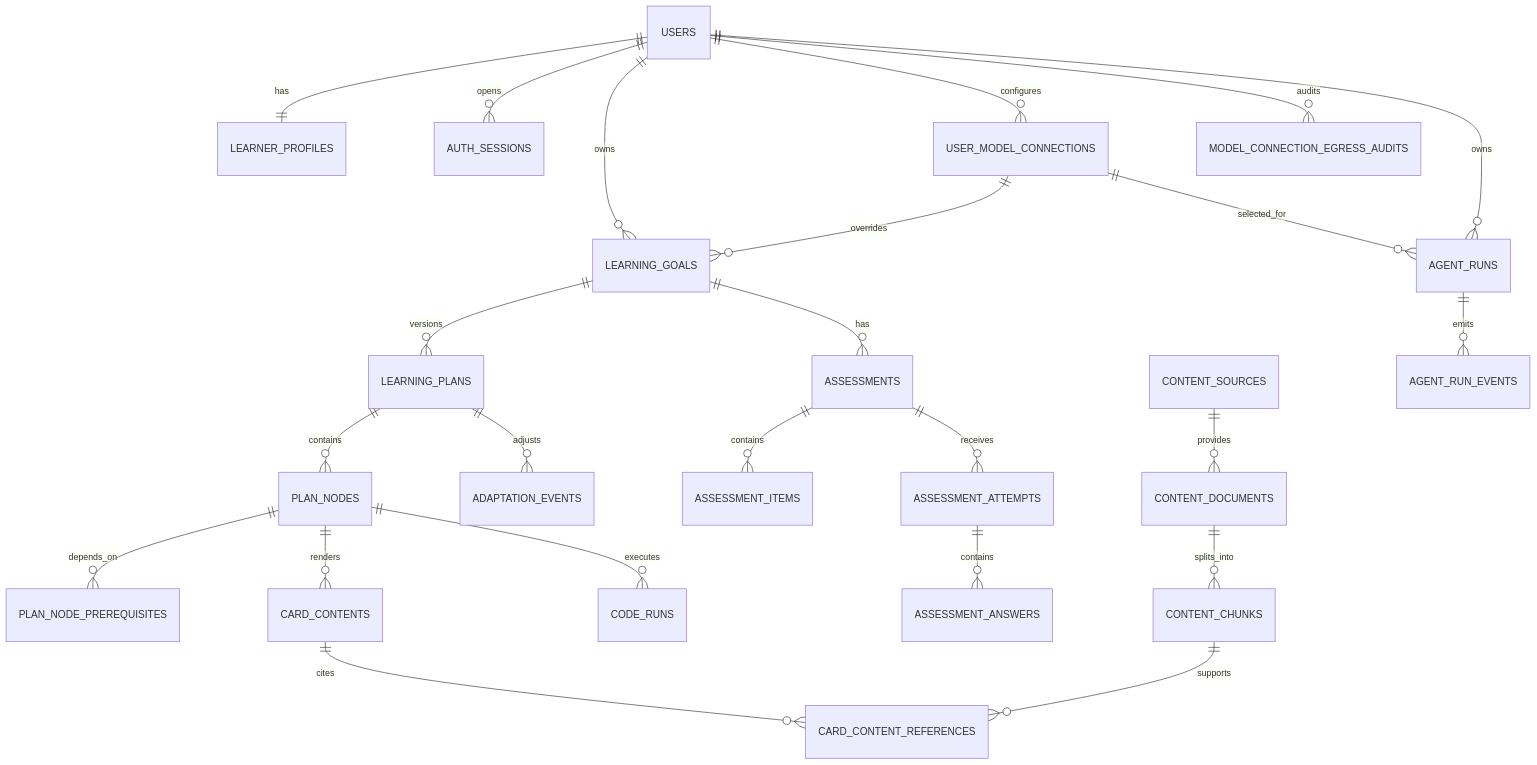
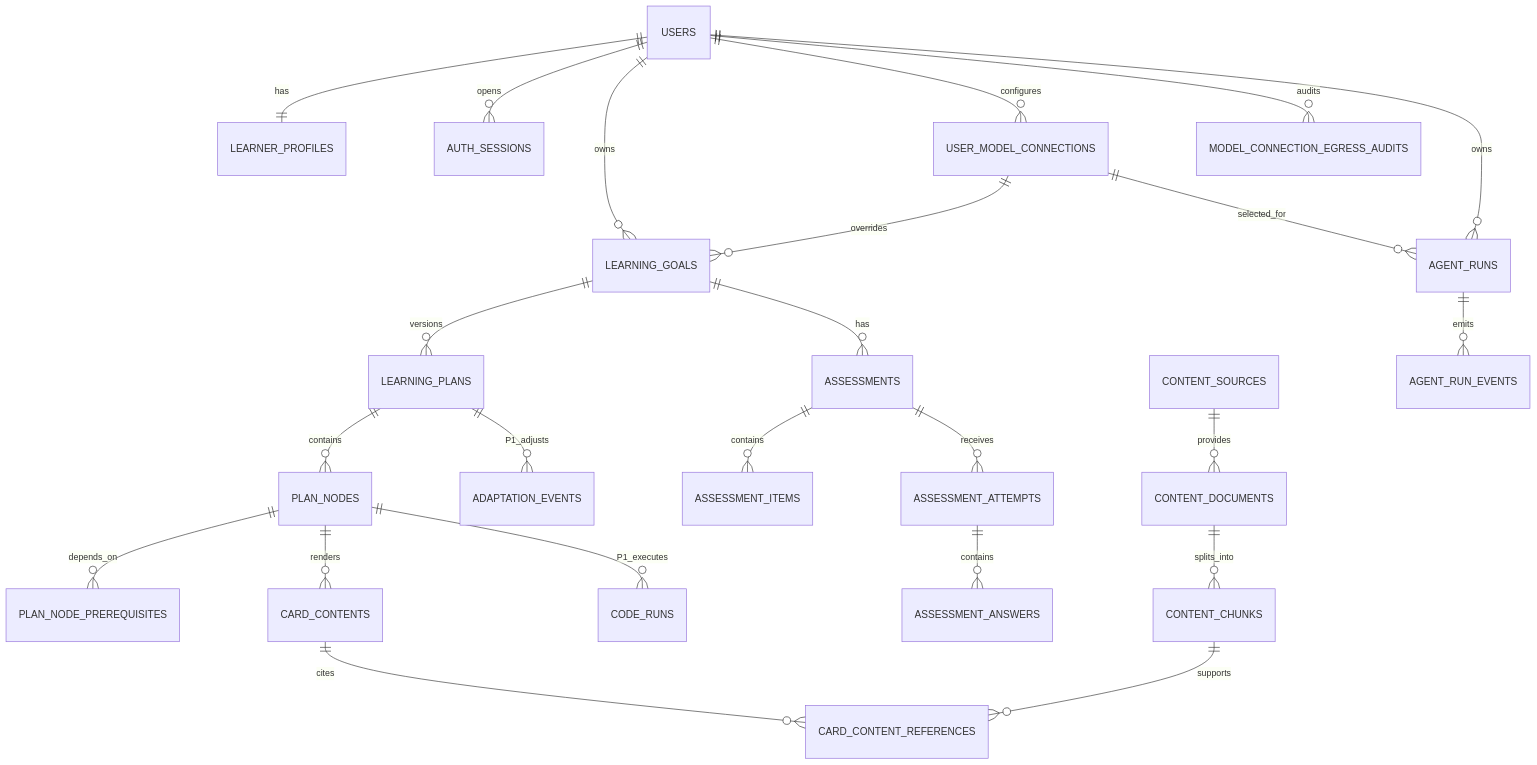
The first of 5 diagrams in docs/04-MVP-P0实施需求与开发指南.md (litieshan2331/LearnCraft), drawn with Mermaid before and after one commit. The commit also changed other lines of this file and 71 other files, not shown here.

````diff
--- a/docs/04-MVP-P0实施需求与开发指南.md
+++ b/docs/04-MVP-P0实施需求与开发指南.md
@@ -232,26 +253,26 @@
 ```mermaid
 erDiagram
     USERS ||--|| LEARNER_PROFILES : has
     USERS ||--o{ AUTH_SESSIONS : opens
     USERS ||--o{ LEARNING_GOALS : owns
     USERS ||--o{ USER_MODEL_CONNECTIONS : configures
     USERS ||--o{ MODEL_CONNECTION_EGRESS_AUDITS : audits
     USER_MODEL_CONNECTIONS ||--o{ LEARNING_GOALS : overrides
     LEARNING_GOALS ||--o{ LEARNING_PLANS : versions
     LEARNING_PLANS ||--o{ PLAN_NODES : contains
     PLAN_NODES ||--o{ PLAN_NODE_PREREQUISITES : depends_on
     LEARNING_GOALS ||--o{ ASSESSMENTS : has
     ASSESSMENTS ||--o{ ASSESSMENT_ITEMS : contains
     ASSESSMENTS ||--o{ ASSESSMENT_ATTEMPTS : receives
     ASSESSMENT_ATTEMPTS ||--o{ ASSESSMENT_ANSWERS : contains
     PLAN_NODES ||--o{ CARD_CONTENTS : renders
     CARD_CONTENTS ||--o{ CARD_CONTENT_REFERENCES : cites
     CONTENT_SOURCES ||--o{ CONTENT_DOCUMENTS : provides
     CONTENT_DOCUMENTS ||--o{ CONTENT_CHUNKS : splits_into
     CONTENT_CHUNKS ||--o{ CARD_CONTENT_REFERENCES : supports
-    PLAN_NODES ||--o{ CODE_RUNS : executes
-    LEARNING_PLANS ||--o{ ADAPTATION_EVENTS : adjusts
+    PLAN_NODES ||--o{ CODE_RUNS : P1_executes
+    LEARNING_PLANS ||--o{ ADAPTATION_EVENTS : P1_adjusts
     USERS ||--o{ AGENT_RUNS : owns
     USER_MODEL_CONNECTIONS ||--o{ AGENT_RUNS : selected_for
     AGENT_RUNS ||--o{ AGENT_RUN_EVENTS : emits
 ```
````
